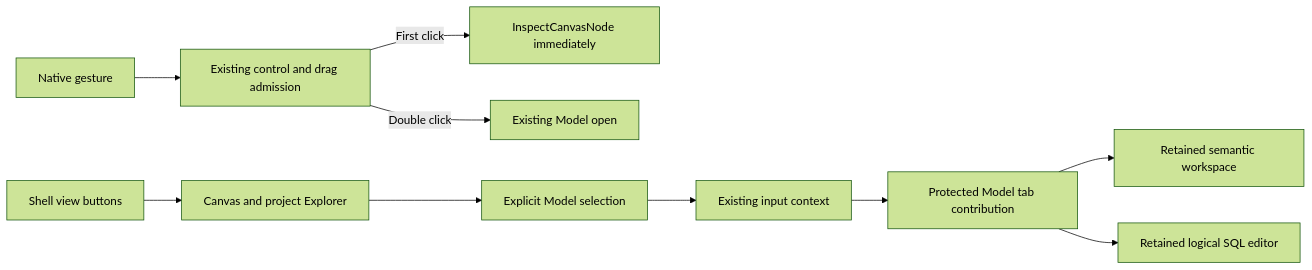
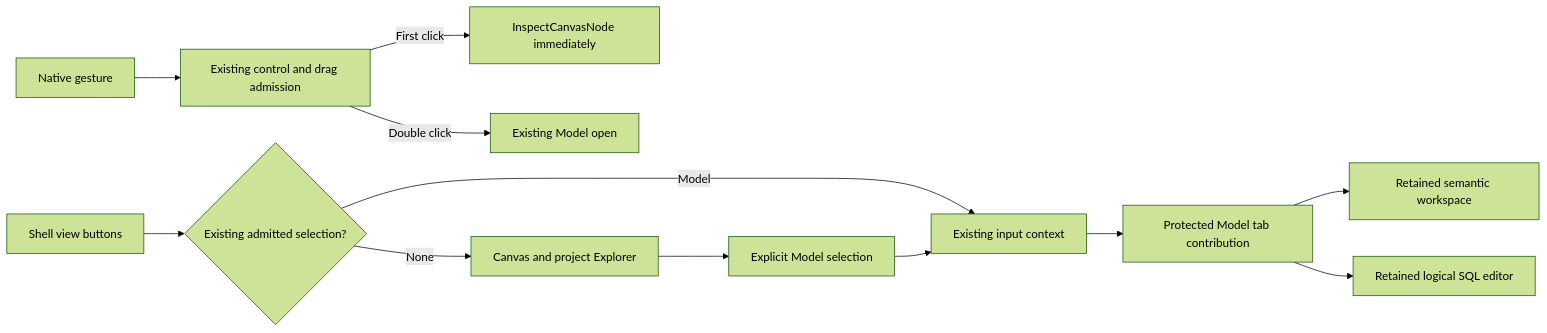
Before and after one commit to dunay2/dvt: the diagram in docs/architecture/components/web/appshell/model-view-navigation.md, drawn with Mermaid (forest theme). The commit also changed other lines of this file and 5 other files, not shown here.

Commit message:
fix(web): Open the selected Model from its view shortcuts (#3962)

````diff
--- a/docs/architecture/components/web/appshell/model-view-navigation.md
+++ b/docs/architecture/components/web/appshell/model-view-navigation.md
@@ -38,12 +38,14 @@
 ```mermaid
 flowchart LR
   Gesture[Native gesture] --> Admission[Existing control and drag admission]
   Admission -->|First click| Inspect[InspectCanvasNode immediately]
   Admission -->|Double click| Open[Existing Model open]
-  Rail[Shell view buttons] --> Browse[Canvas and project Explorer]
+  Rail[Shell view buttons] --> Selected{Existing admitted selection?}
+  Selected -->|Model| Context[Existing input context]
+  Selected -->|None| Browse[Canvas and project Explorer]
   Browse --> Pick[Explicit Model selection]
   Pick --> Context[Existing input context]
   Context --> Tab[Protected Model tab contribution]
   Tab --> Semantic[Retained semantic workspace]
   Tab --> SQL[Retained logical SQL editor]
 ```
````
